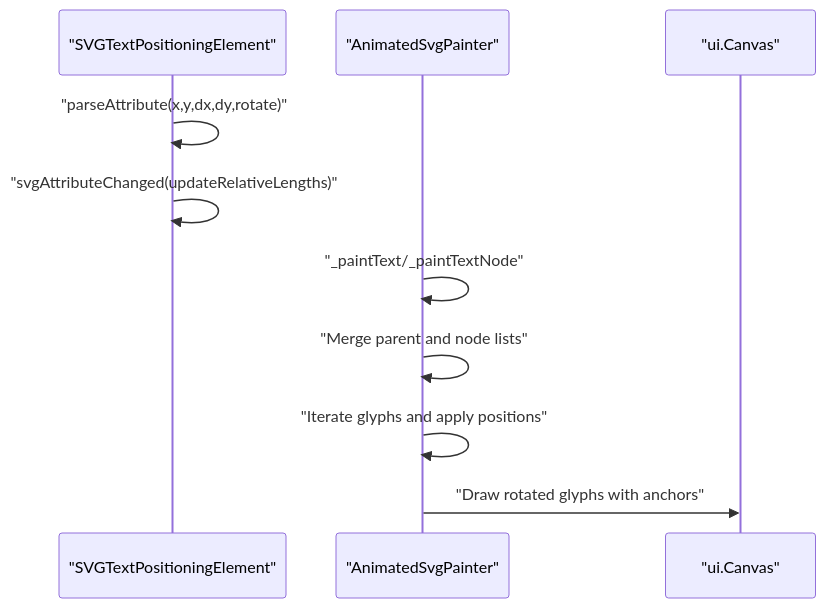
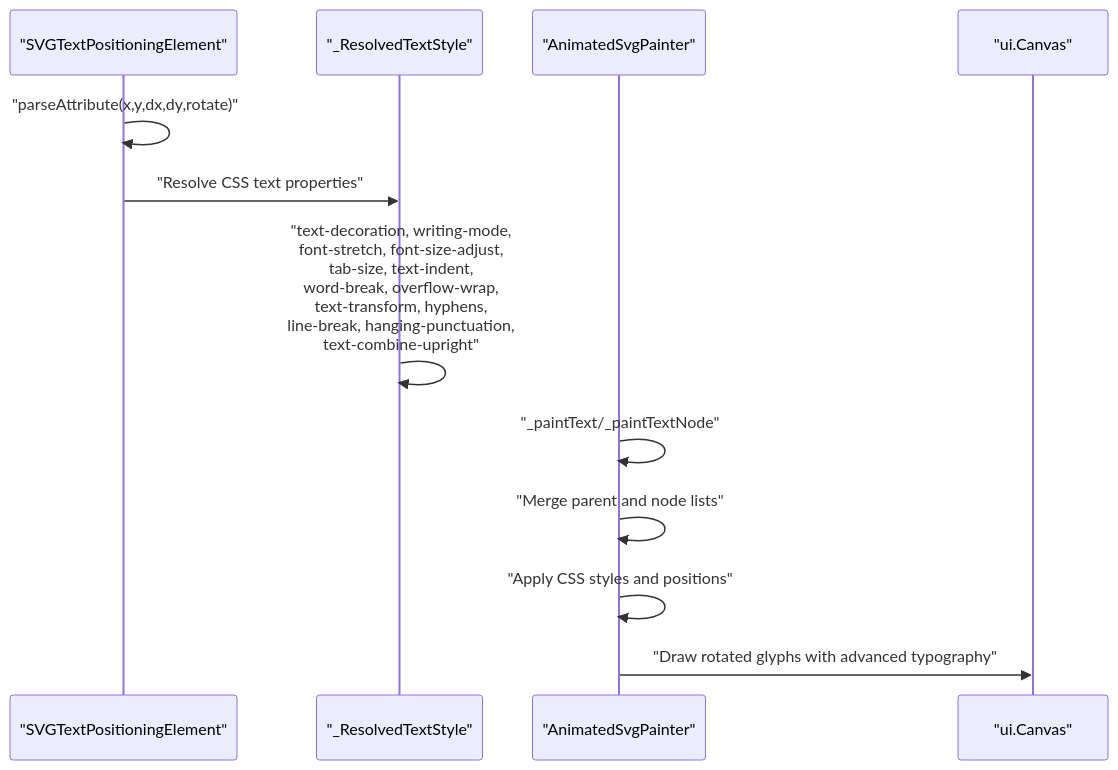
One commit to denisnadey/flutter_full_svg_support changed the second of 5 diagrams in .qoder/repowiki/en/content/Animated SVG Support/Text Positioning Attributes.md. Above: the diagram before and after it, drawn with Mermaid. The commit also changed other lines of this file and 86 other files, not shown here.

````diff
--- a/.qoder/repowiki/en/content/Animated SVG Support/Text Positioning Attributes.md
+++ b/.qoder/repowiki/en/content/Animated SVG Support/Text Positioning Attributes.md
@@ -80,12 +116,14 @@
 ```mermaid
 sequenceDiagram
 participant Parser as "SVGTextPositioningElement"
+participant CSSResolver as "_ResolvedTextStyle"
 participant Renderer as "AnimatedSvgPainter"
 participant Canvas as "ui.Canvas"
 Parser->>Parser : "parseAttribute(x,y,dx,dy,rotate)"
-Parser->>Parser : "svgAttributeChanged(updateRelativeLengths)"
+Parser->>CSSResolver : "Resolve CSS text properties"
+CSSResolver->>CSSResolver : "text-decoration, writing-mode,<br/>font-stretch, font-size-adjust,<br/>tab-size, text-indent,<br/>word-break, overflow-wrap,<br/>text-transform, hyphens,<br/>line-break, hanging-punctuation,<br/>text-combine-upright"
 Renderer->>Renderer : "_paintText/_paintTextNode"
 Renderer->>Renderer : "Merge parent and node lists"
-Renderer->>Renderer : "Iterate glyphs and apply positions"
-Renderer->>Canvas : "Draw rotated glyphs with anchors"
+Renderer->>Renderer : "Apply CSS styles and positions"
+Renderer->>Canvas : "Draw rotated glyphs with advanced typography"
 ```
````
